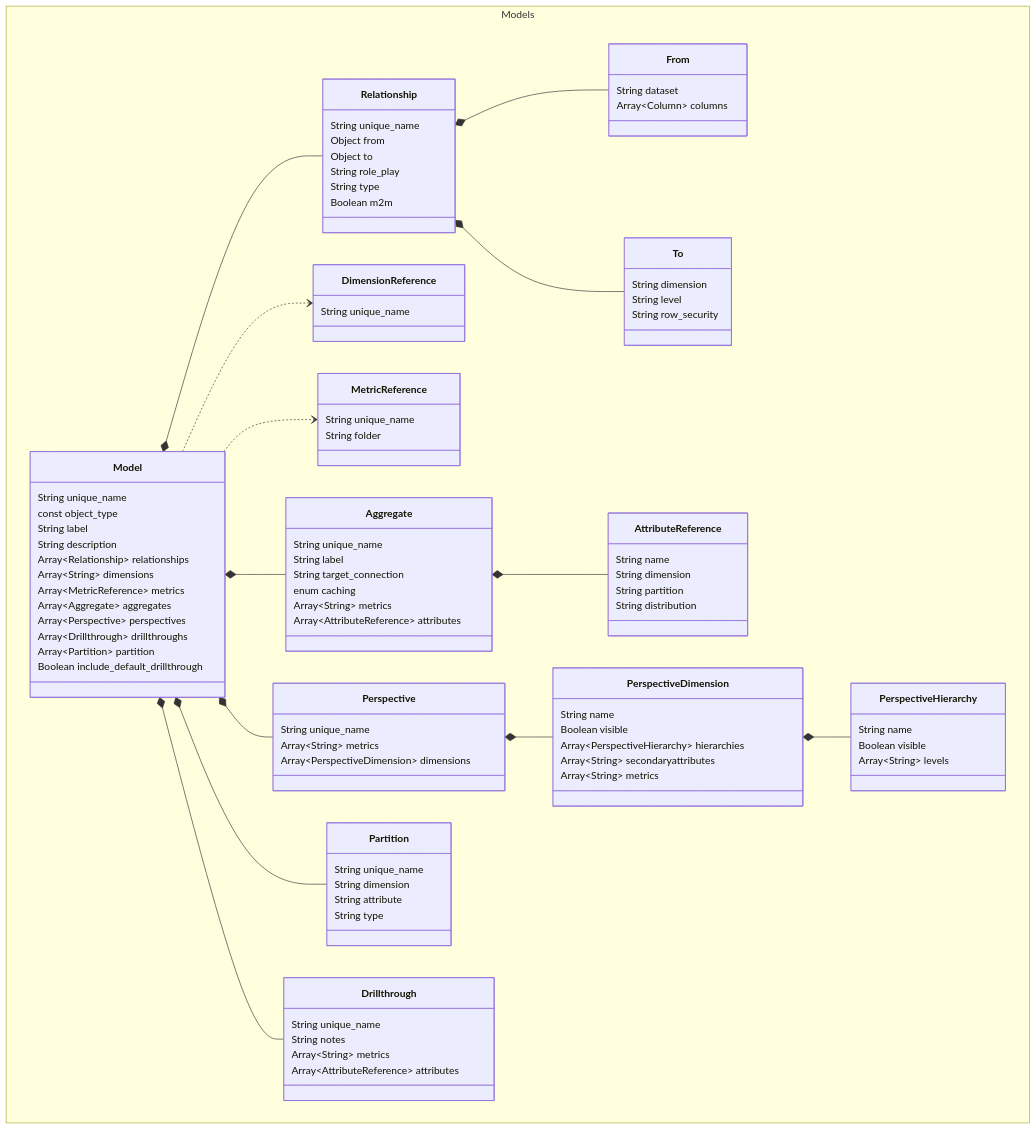
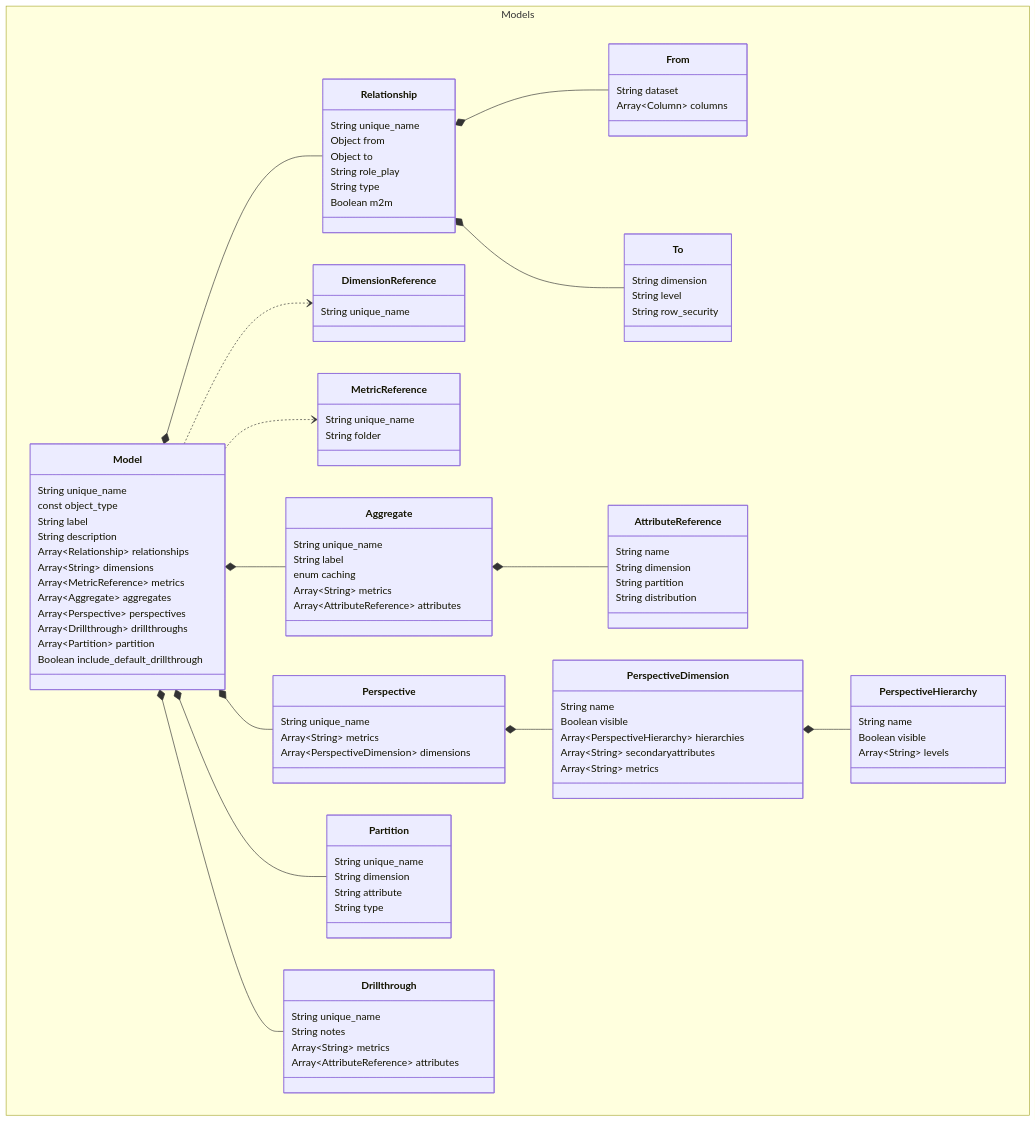
The diagram in sml-reference/model.md (AlchemyTechLabsInc/SML), drawn with Mermaid before and after one commit. The commit also changed other lines of this file, not shown here.

```diff
--- a/sml-reference/model.md
+++ b/sml-reference/model.md
@@ -230,7 +230,6 @@
     class Aggregate{
       String unique_name
       String label
-      String target_connection
       enum caching
       Array~String~ metrics
       Array~AttributeReference~ attributes
```
